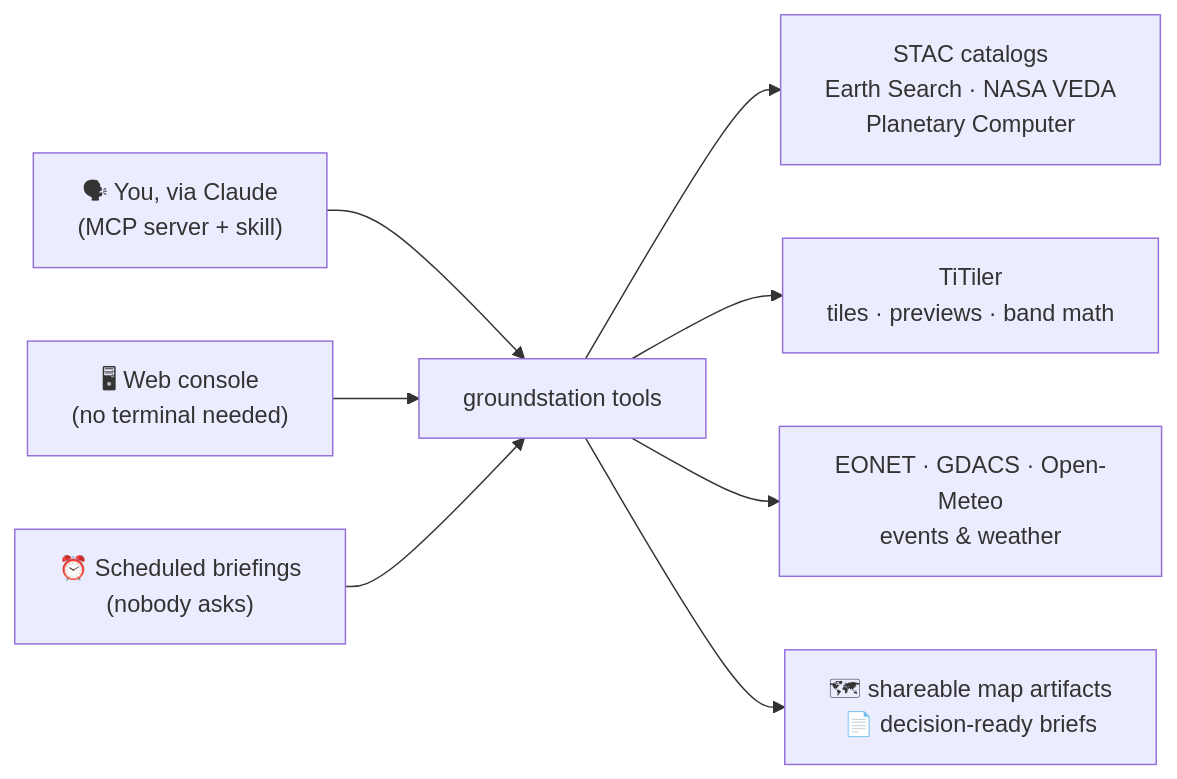
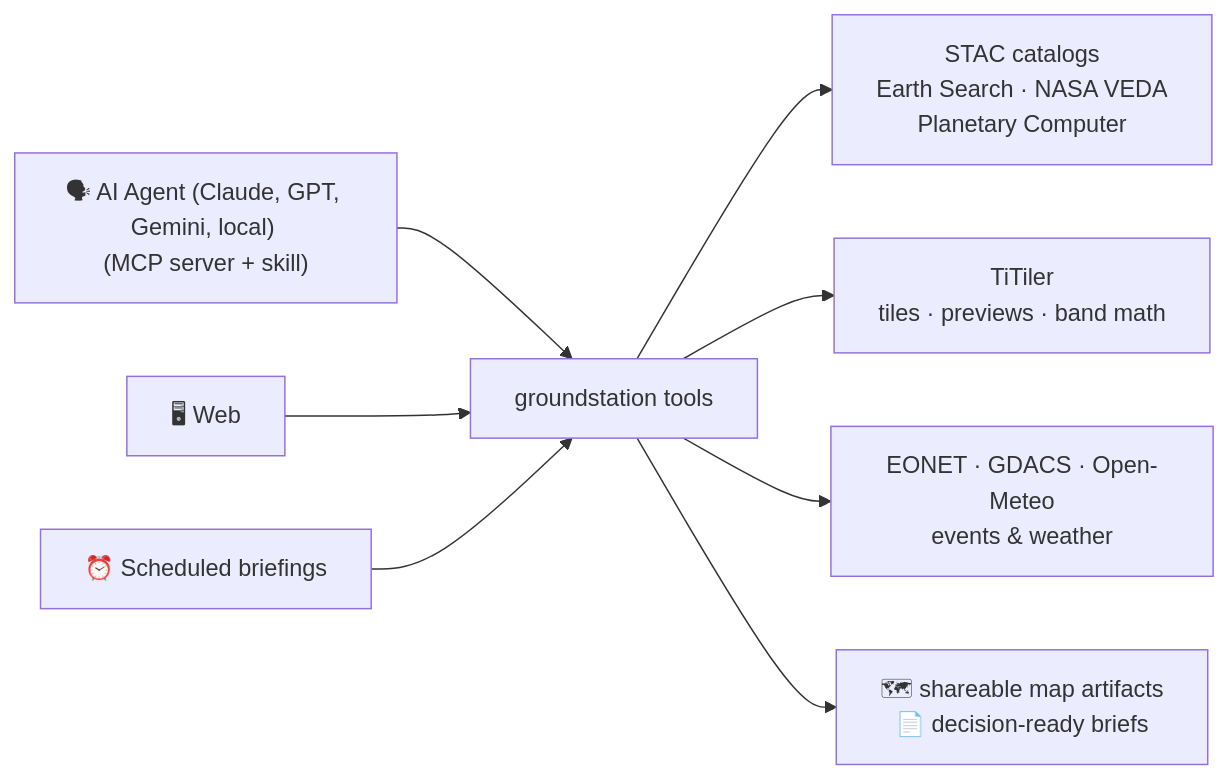
The diagram in README.md (dannybauman/groundstation), drawn with Mermaid before and after one commit. The commit also changed other lines of this file, not shown here.

Commit message:
Revise README for clarity and detail
Updated project description and clarified access methods.

````diff
--- a/README.md
+++ b/README.md
@@ -7,10 +7,10 @@
 ```mermaid
 flowchart LR
-    A["🗣 You, via Claude<br/>(MCP server + skill)"] --> T
-    B["🖥 Web console<br/>(no terminal needed)"] --> T
-    C["⏰ Scheduled briefings<br/>(nobody asks)"] --> T
+    A["🗣 AI Agent (Claude, GPT, Gemini, local) <br/>(MCP server + skill)"] --> T
+    B["🖥 Web"] --> T
+    C["⏰ Scheduled briefings"] --> T
     T["groundstation tools"] --> D["STAC catalogs<br/>Earth Search · NASA VEDA<br/>Planetary Computer"]
     T --> E["TiTiler<br/>tiles · previews · band math"]
     T --> F["EONET · GDACS · Open-Meteo<br/>events & weather"]
     T --> G["🗺 shareable map artifacts<br/>📄 decision-ready briefs"]
 ```
````
